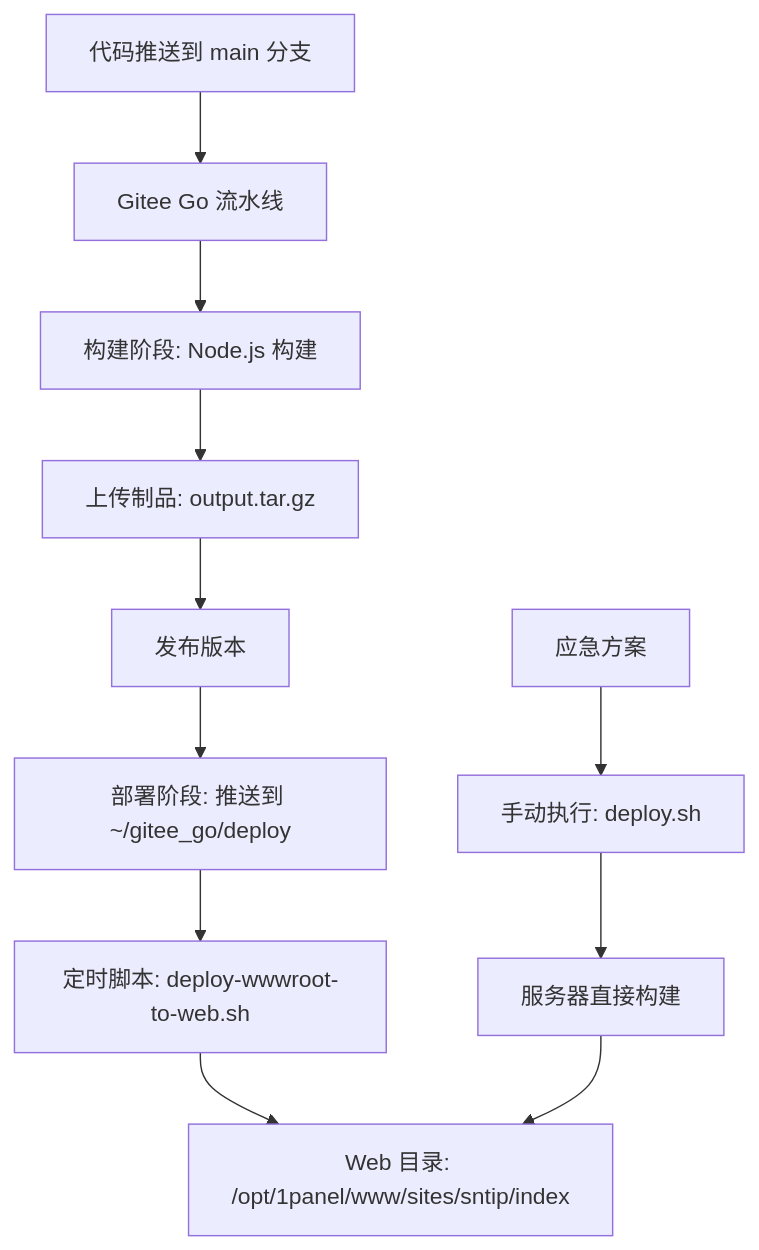
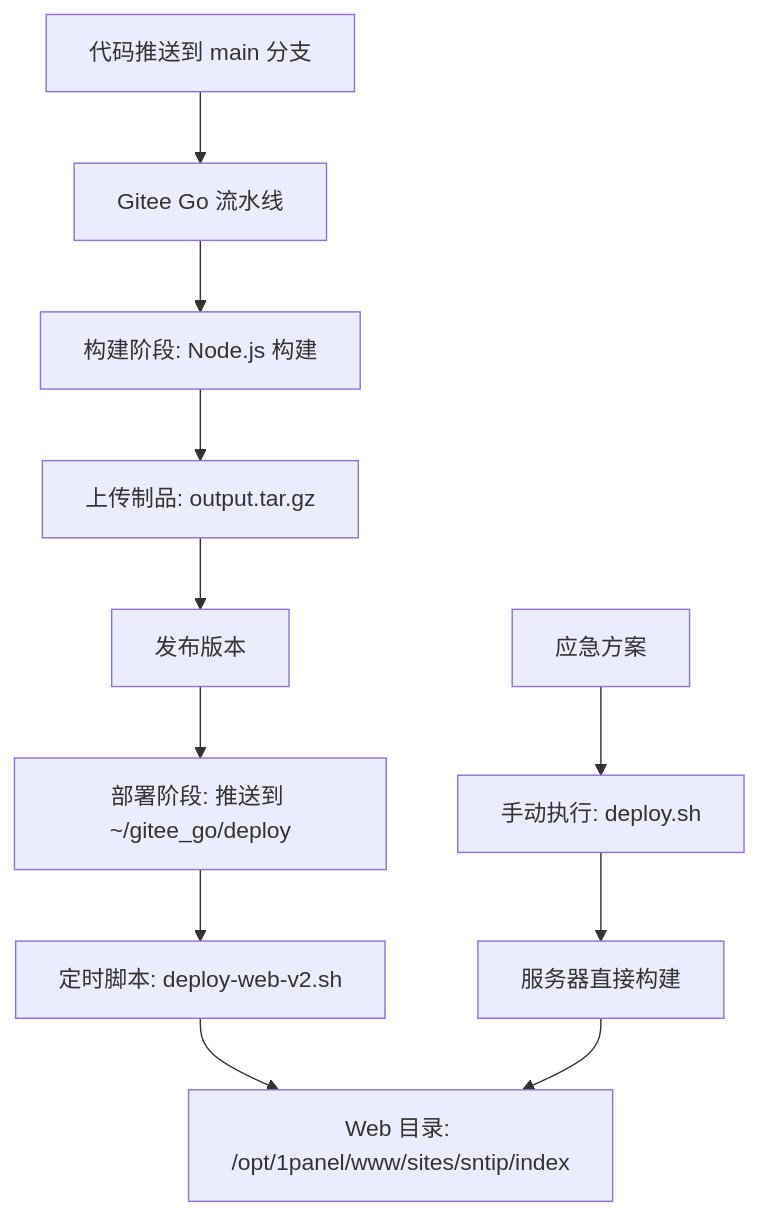
The diagram in docs/vite/gitee-go-deploy-v2.md (shub2026/vitepress-tip), drawn with Mermaid before and after one commit. The commit also changed other lines of this file and 2 other files, not shown here.

First line of the commit message:
feat(deploy): 优化 Gitee Go 流水线自动部署脚本至 deploy-web-v2.sh

````diff
--- a/docs/vite/gitee-go-deploy-v2.md
+++ b/docs/vite/gitee-go-deploy-v2.md
@@ -9,14 +9,14 @@
 ```mermaid
 graph TB
     A[代码推送到 main 分支] --> B[Gitee Go 流水线]
     B --> C[构建阶段: Node.js 构建]
     C --> D[上传制品: output.tar.gz]
     D --> E[发布版本]
     E --> F[部署阶段: 推送到 ~/gitee_go/deploy]
-    F --> G[定时脚本: deploy-wwwroot-to-web.sh]
+    F --> G[定时脚本: deploy-web-v2.sh]
     G --> H[Web 目录: /opt/1panel/www/sites/sntip/index]
     
     I[应急方案] --> J[手动执行: deploy.sh]
     J --> K[服务器直接构建]
     K --> H
 ```
````
